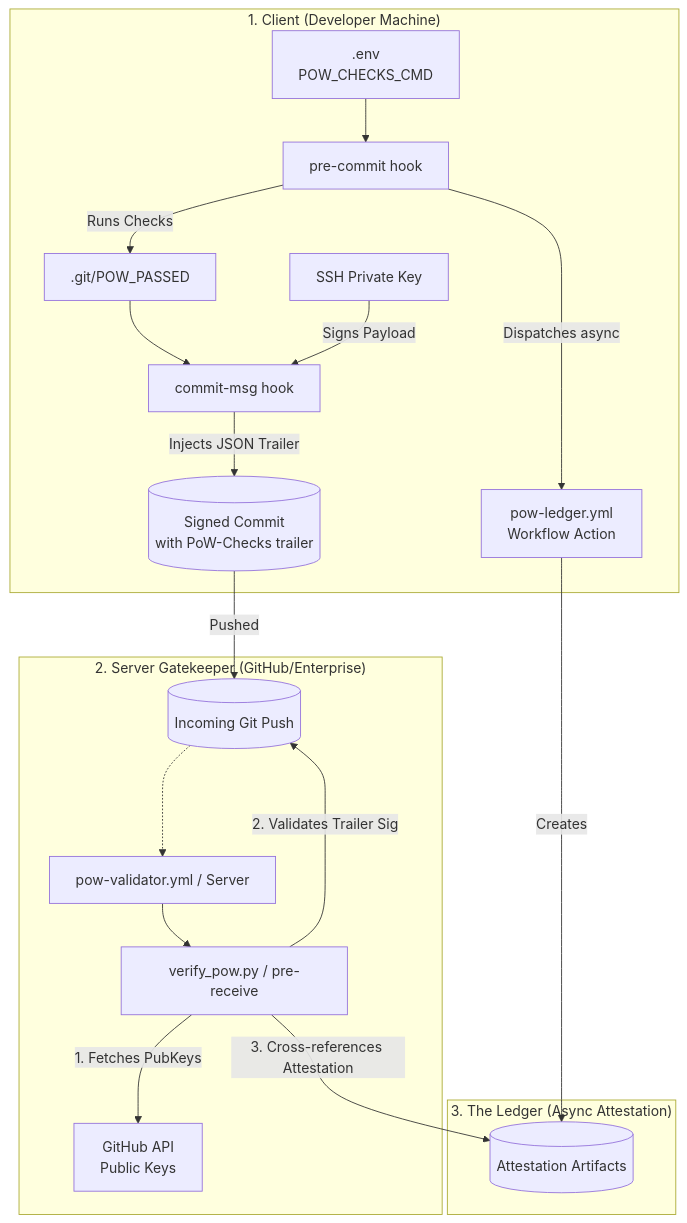
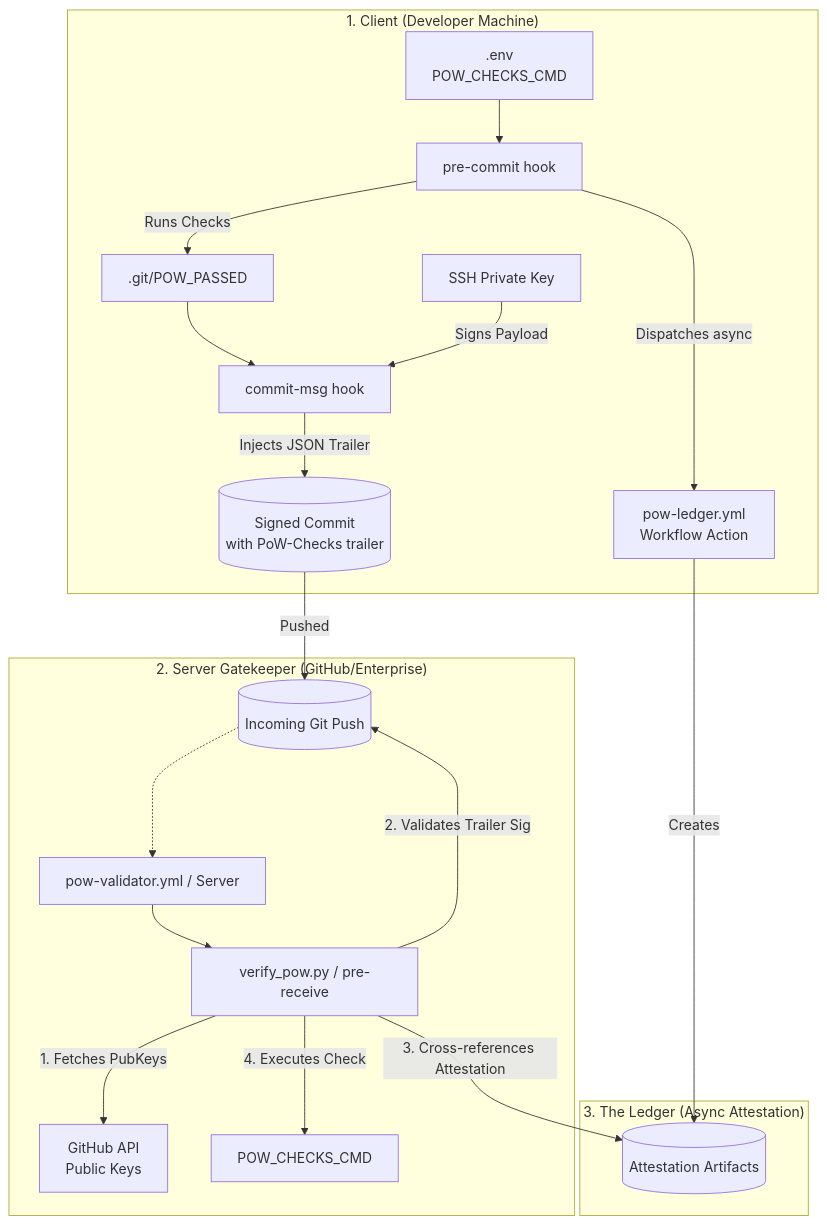
One commit to ddimitriou/PoW-Hook changed the first of 2 diagrams in ARCHITECTURE.md. Above: the diagram before and after it, drawn with Mermaid. The commit also changed other lines of this file and 4 other files, not shown here.

````diff
--- a/ARCHITECTURE.md
+++ b/ARCHITECTURE.md
@@ -9,36 +9,37 @@
 ```mermaid
 graph TD
     subgraph "1. Client (Developer Machine)"
         ENV[.env<br>POW_CHECKS_CMD]
         HOOK_PC[pre-commit hook]
         HOOK_CM[commit-msg hook]
         SSH_KEY[SSH Private Key]
         
         ENV --> HOOK_PC
         HOOK_PC -->|Runs Checks| STATE[.git/POW_PASSED]
         HOOK_PC -->|Dispatches async| LEDGER
         STATE --> HOOK_CM
         SSH_KEY -->|Signs Payload| HOOK_CM
         HOOK_CM -->|Injects JSON Trailer| LOCAL_COMMIT[(Signed Commit<br>with PoW-Checks trailer)]
     end
 
     subgraph "3. The Ledger (Async Attestation)"
         LEDGER[pow-ledger.yml<br>Workflow Action]
         ARTIF[(Attestation Artifacts)]
         LEDGER -->|Creates| ARTIF
     end
 
     subgraph "2. Server Gatekeeper (GitHub/Enterprise)"
         REMOTE_COMMIT[(Incoming Git Push)]
         VAL_YML[pow-validator.yml / Server]
         VERIFY[verify_pow.py / pre-receive]
         GH_API[GitHub API<br>Public Keys]
         
         LOCAL_COMMIT -->|Pushed| REMOTE_COMMIT
         REMOTE_COMMIT ..-> VAL_YML
         VAL_YML --> VERIFY
         VERIFY -->|1. Fetches PubKeys| GH_API
         VERIFY -->|2. Validates Trailer Sig| REMOTE_COMMIT
         VERIFY -->|3. Cross-references Attestation| ARTIF
+        VERIFY -->|4. Executes Check| POW_CMD[POW_CHECKS_CMD]
     end
 ```
````
